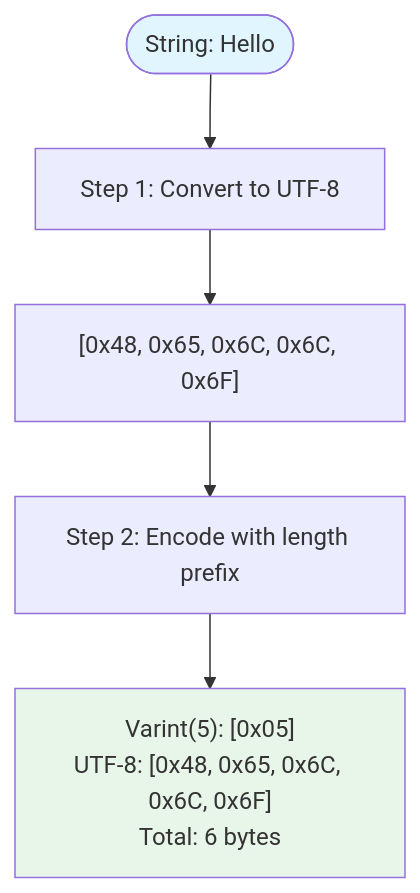
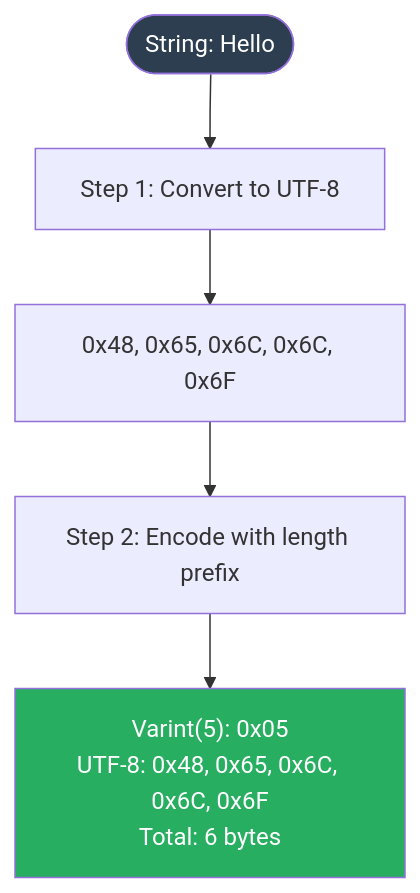
One commit to Mikedan37/BlazeBinary changed diagram 12 of 19 in README.md. Above: the diagram before and after it, drawn with Mermaid. The commit also changed other lines of this file and 11 other files, not shown here.

First line of the commit message:
Improve Mermaid diagrams and code display formatting

````diff
--- a/README.md
+++ b/README.md
@@ -432,10 +432,10 @@
 ```mermaid
 flowchart TD
     Start([String: Hello]) --> UTF8[Step 1: Convert to UTF-8]
-    UTF8 --> Bytes["[0x48, 0x65, 0x6C, 0x6C, 0x6F]"]
+    UTF8 --> Bytes["0x48, 0x65, 0x6C, 0x6C, 0x6F"]
     Bytes --> Encode[Step 2: Encode with length prefix]
-    Encode --> Result["Varint(5): [0x05]<br/>UTF-8: [0x48, 0x65, 0x6C, 0x6C, 0x6F]<br/>Total: 6 bytes"]
+    Encode --> Result["Varint(5): 0x05<br/>UTF-8: 0x48, 0x65, 0x6C, 0x6C, 0x6F<br/>Total: 6 bytes"]
     
-    style Start fill:#e1f5ff
-    style Result fill:#e8f5e9
+    style Start fill:#2c3e50,color:#ffffff
+    style Result fill:#27ae60,color:#ffffff
 ```
````
